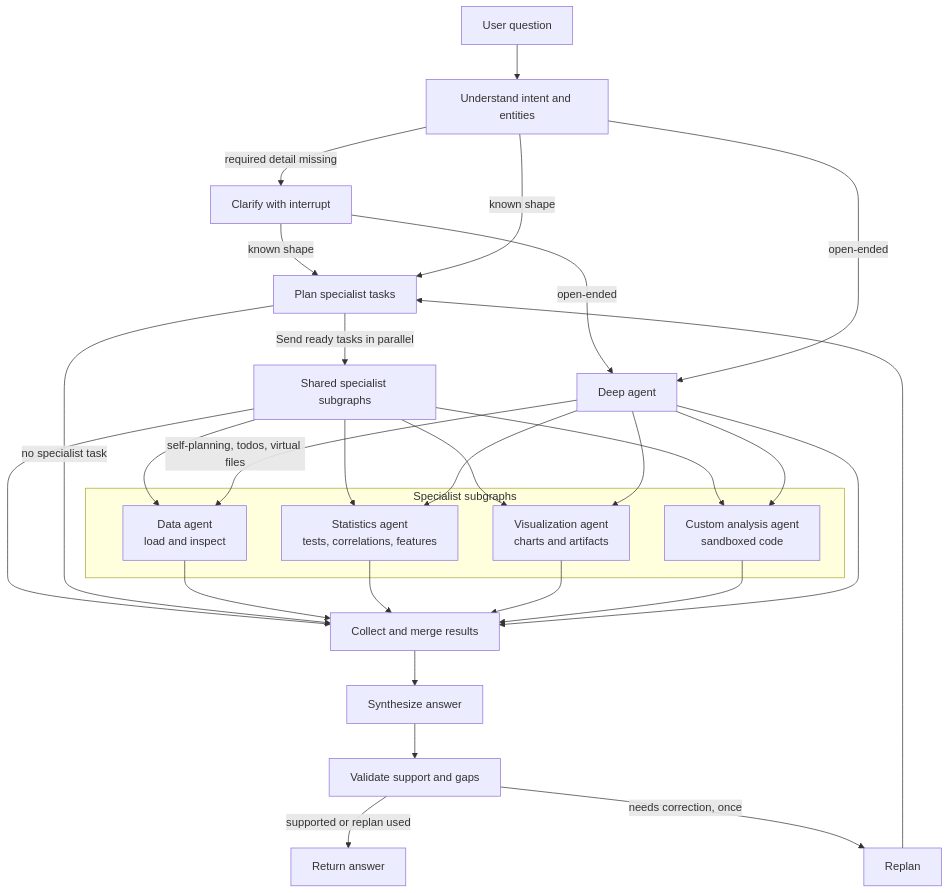
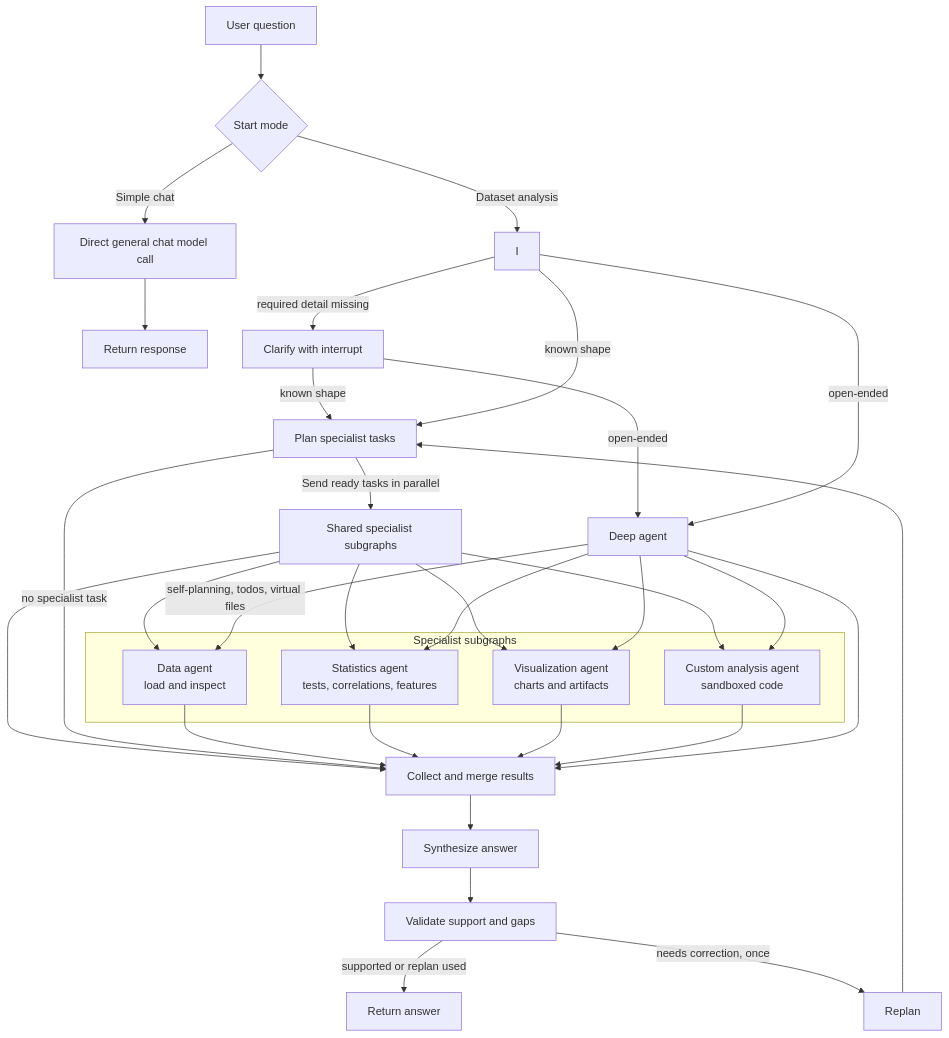
One commit to 88akshit/winnow changed the diagram in README.md. Above: the diagram before and after it, drawn with Mermaid. The commit also changed other lines of this file and 12 other files, not shown here.

Commit message:
Add chat modes, dataset selection, and Phoenix tracing

````diff
--- a/README.md
+++ b/README.md
@@ -9,37 +9,40 @@
 ```mermaid
 flowchart TD
-    U[User question] --> I[Understand intent and entities]
+    U[User question] --> M{Start mode}
+    M -->|Simple chat| SC[Direct general chat model call]
+    SC --> SR[Return response]
+    M -->|Dataset analysis| I
     I -->|required detail missing| C[Clarify with interrupt]
     C -->|known shape| P[Plan specialist tasks]
     C -->|open-ended| DA[Deep agent]
     I -->|known shape| P
     I -->|open-ended| DA
     P -->|Send ready tasks in parallel| S[Shared specialist subgraphs]
     S --> K[Collect and merge results]
     P -->|no specialist task| K
     K --> Y[Synthesize answer]
     Y --> V[Validate support and gaps]
     V -->|supported or replan used| F[Return answer]
     V -->|needs correction, once| R[Replan]
     R --> P
 
     subgraph AGENTS["Specialist subgraphs"]
     D[Data agent<br/>load and inspect]
     A[Statistics agent<br/>tests, correlations, features]
     Z[Visualization agent<br/>charts and artifacts]
     X[Custom analysis agent<br/>sandboxed code]
     end
     S --> D
     S --> A
     S --> Z
     S --> X
     DA -->|self-planning, todos, virtual files| D
     DA --> A
     DA --> Z
     DA --> X
     D --> K
     A --> K
     Z --> K
     X --> K
     DA --> K
 ```
````
